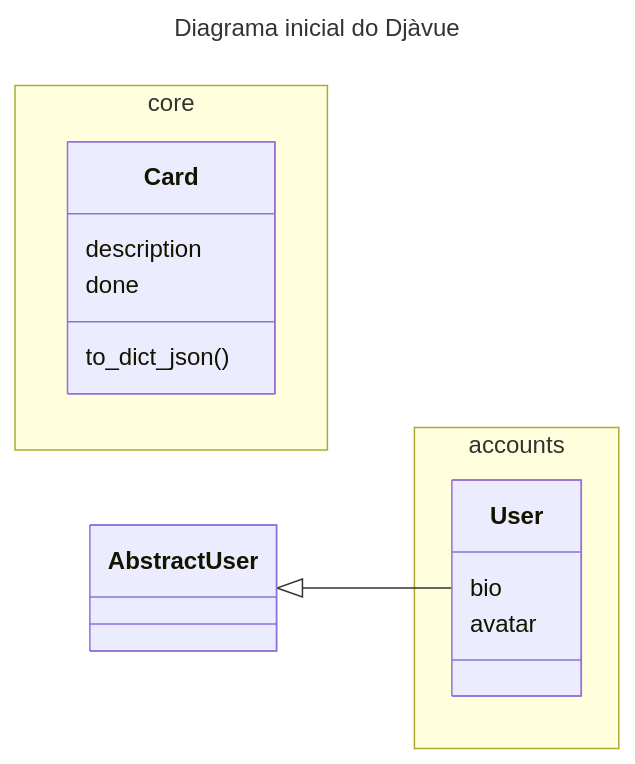
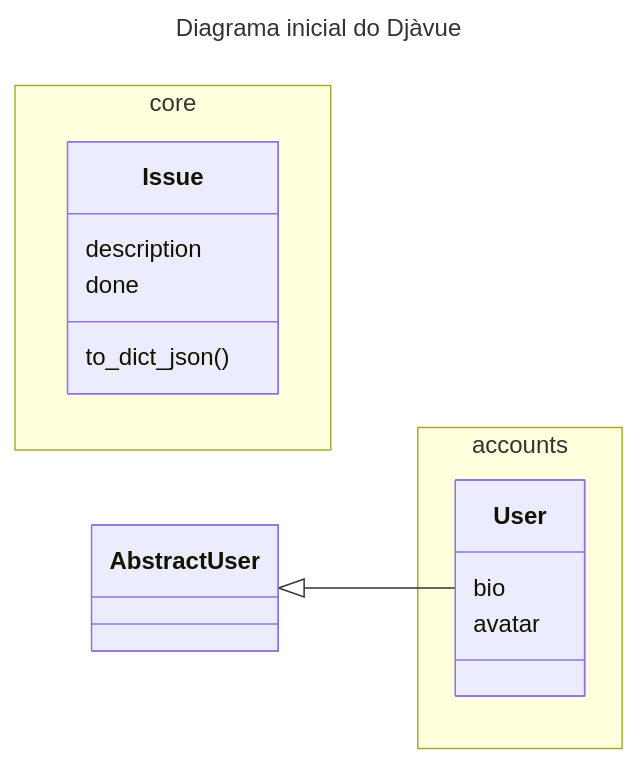
The third of 3 diagrams in documentacao/tecnica/documentação_técnica_backend.md (c137santos/FATEC-API-5-SEMESTRE), drawn with Mermaid before and after one commit. The commit also changed other lines of this file and 27 other files, not shown here.

Commit message:
chore (#55): Change card to issue

````diff
--- a/documentacao/tecnica/documentação_técnica_backend.md
+++ b/documentacao/tecnica/documentação_técnica_backend.md
@@ -84,21 +84,21 @@
 ```mermaid
 ---
 title: Diagrama inicial do Djàvue
 ---
 classDiagram
     direction LR
     AbstractUser <|-- User
     namespace accounts {
         class User {
             bio
             avatar
         }
     }
     namespace core {
-        class Card {
+        class Issue {
             description
             done
             to_dict_json()
         }
     }
 ```
````
